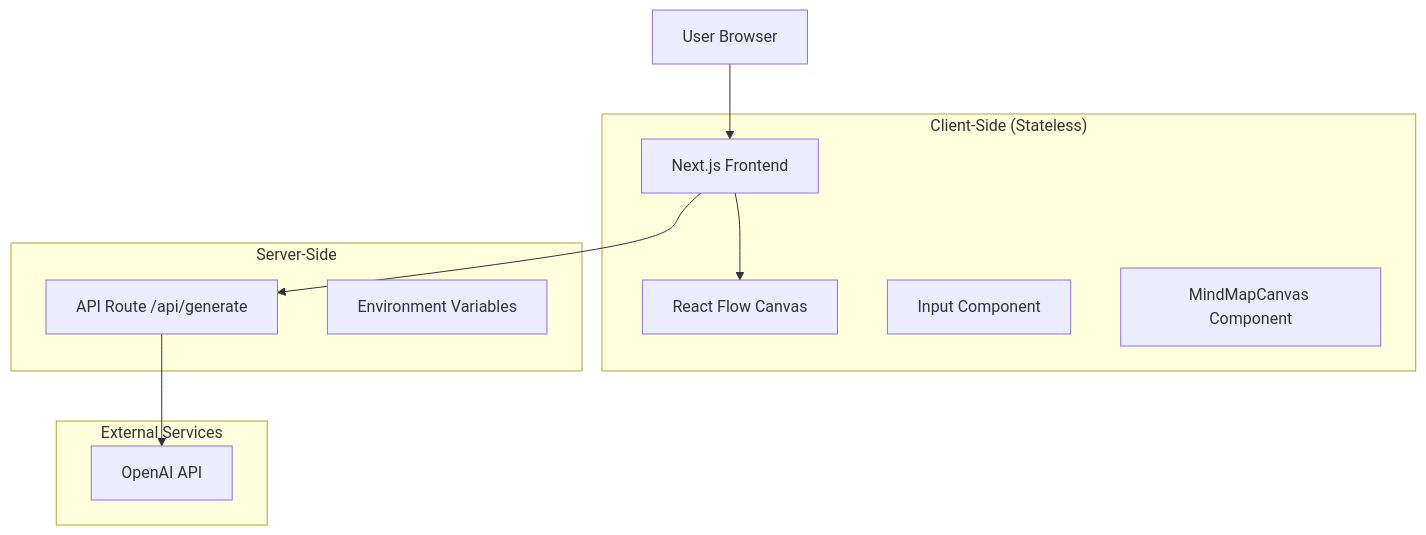
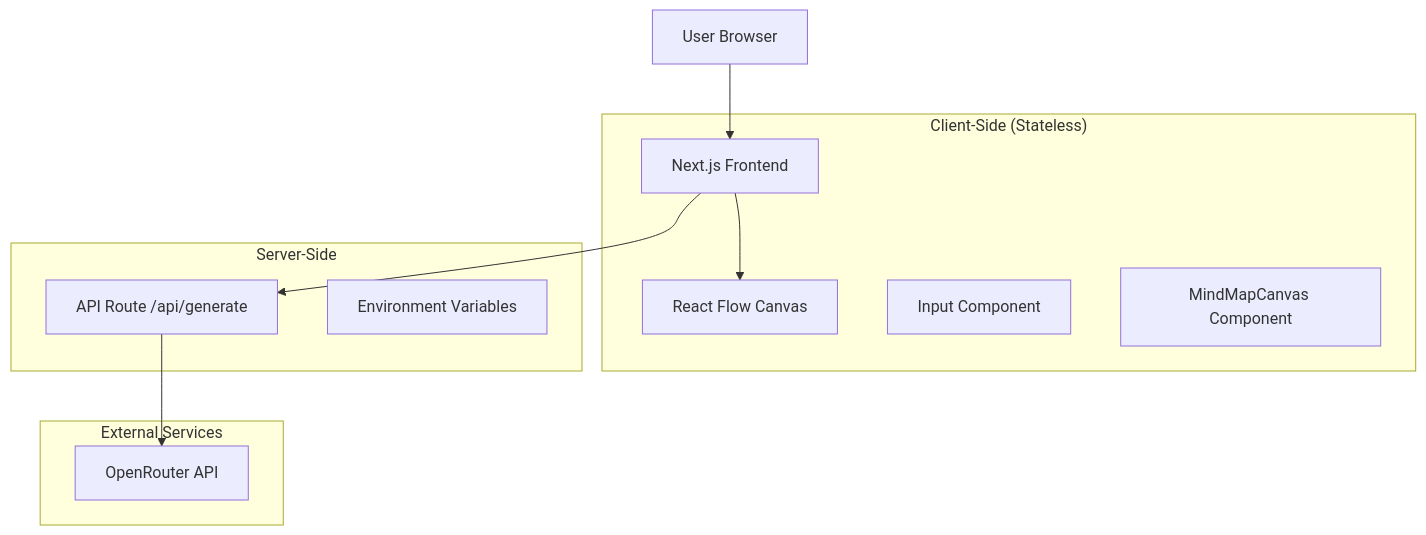
The diagram in .kiro/specs/concept-compass-mvp/design.md (marcelocra/concept-compass), drawn with Mermaid before and after one commit. The commit also changed other lines of this file, not shown here.

Commit message:
feat: update API references from OpenAI to OpenRouter and adjust environment variables

````diff
--- a/.kiro/specs/concept-compass-mvp/design.md
+++ b/.kiro/specs/concept-compass-mvp/design.md
@@ -13,23 +13,23 @@
 ```mermaid
 graph TB
     A[User Browser] --> B[Next.js Frontend]
     B --> C[React Flow Canvas]
     B --> D[API Route /api/generate]
-    D --> E[OpenAI API]
+    D --> E[OpenRouter API]
 
     subgraph "Client-Side (Stateless)"
         B
         C
         F[Input Component]
         G[MindMapCanvas Component]
     end
 
     subgraph "Server-Side"
         D
         H[Environment Variables]
     end
 
     subgraph "External Services"
         E
     end
 ```
````
